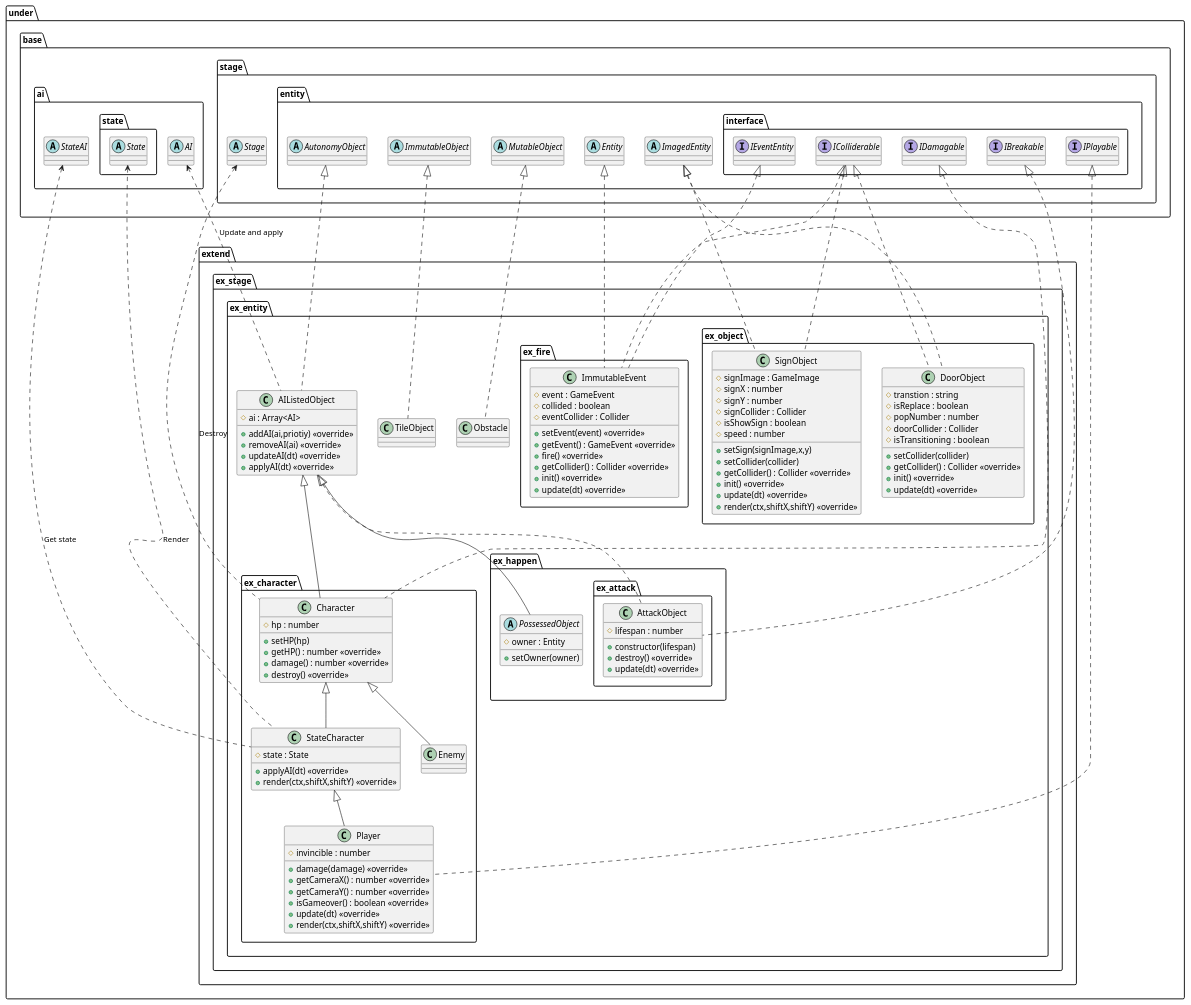
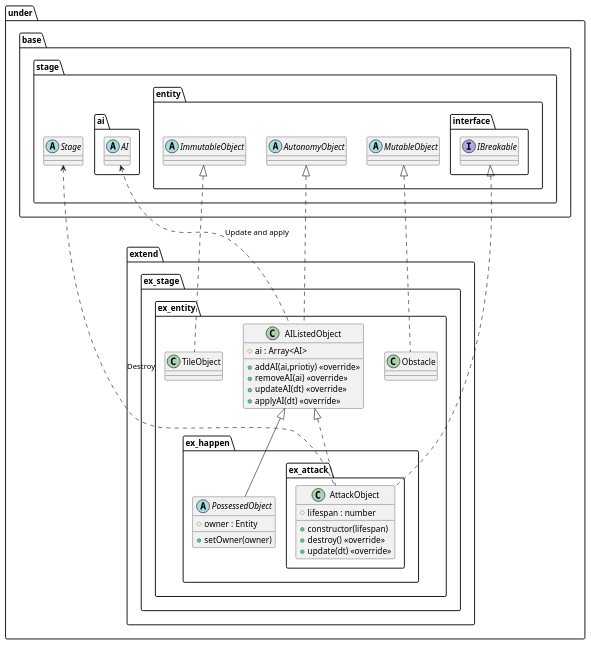
Before and after one commit to Expine/Under: the diagram in uml/entity/Extend.wsd, drawn with PlantUML. The commit also changed 12 other files, not shown here.

Commit message:
Fix extend entity, fix UML

```diff
--- a/uml/entity/Extend.wsd
+++ b/uml/entity/Extend.wsd
@@ -1,156 +1,65 @@
 @startuml EntityExtend
 package under {
     package extend {
         package ex_stage {
             package ex_entity {
                 class TileObject
                 class Obstacle
                 class AIListedObject {
                     #ai : Array<AI>
                     +addAI(ai,priotiy) <<override>>
                     +removeAI(ai) <<override>>
                     +updateAI(dt) <<override>>
                     +applyAI(dt) <<override>>
-                }
-                package ex_character {
-                    class Character {
-                        #hp : number
-                        +setHP(hp)
-                        +getHP() : number <<override>>
-                        +damage() : number <<override>>
-                        +destroy() <<override>>
-                    }
-                    class StateCharacter {
-                        #state : State
-                        +applyAI(dt) <<override>>
-                        +render(ctx,shiftX,shiftY) <<override>>
-                    }
-                    class Enemy
-                    class Player {
-                        #invincible : number
-                        +damage(damage) <<override>>
-                        +getCameraX() : number <<override>>
-                        +getCameraY() : number <<override>>
-                        +isGameover() : boolean <<override>>
-                        +update(dt) <<override>>
-                        +render(ctx,shiftX,shiftY) <<override>>
-                    }
-                }
-                package ex_fire {
-                    class ImmutableEvent {
-                        #event : GameEvent
-                        #collided : boolean
-                        #eventCollider : Collider
-                        +setEvent(event) <<override>>
-                        +getEvent() : GameEvent <<override>>
-                        +fire() <<override>>
-                        +getCollider() : Collider <<override>>
-                        +init() <<override>>
-                        +update(dt) <<override>>
-                    }
                 }
                 package ex_happen {
                     package ex_attack {
                         class AttackObject {
                             +constructor(lifespan)
                             #lifespan : number
                             +destroy() <<override>>
                             +update(dt) <<override>>
                         }
                     }
                     abstract PossessedObject {
                         #owner : Entity
                         +setOwner(owner)
                     }
                 }
-                package ex_object {
-                    class DoorObject {
-                        #transtion : string
-                        #isReplace : boolean
-                        #popNumber : number
-                        #doorCollider : Collider
-                        #isTransitioning : boolean
-                        +setCollider(collider)
-                        +getCollider() : Collider <<override>>
-                        +init() <<override>>
-                        +update(dt) <<override>>
-                    }
-                    class SignObject {
-                        #signImage : GameImage
-                        #signX : number
-                        #signY : number
-                        #signCollider : Collider
-                        #isShowSign : boolean
-                        #speed : number
-                        +setSign(signImage,x,y)
-                        +setCollider(collider)
-                        +getCollider() : Collider <<override>>
-                        +init() <<override>>
-                        +update(dt) <<override>>
-                        +render(ctx,shiftX,shiftY) <<override>>
-                    }
-                }
             }
         }
     }
 }
 
 package under {
     package base {
-        package ai {
-            abstract AI
-            abstract StateAI
-            package state {
-                abstract State
-            }
-        }
         package stage {
             abstract Stage
+            package ai {
+                abstract AI
+            }
             package entity {
-                abstract Entity
-                abstract ImagedEntity
                 abstract ImmutableObject
                 abstract MutableObject
                 abstract AutonomyObject
                 package interface {
-                    interface IDamagable
                     interface IBreakable
-                    interface IPlayable
-                    interface IEventEntity
-                    interface IColliderable
                 }
             }
         }
     }
 }
 
 AI <.. AIListedObject : Update and apply
-Stage <.. Character : Destroy
-StateAI <.. StateCharacter : Get state
-State <.. StateCharacter : Render
+
+Stage <.. AttackObject : Destroy
 
 ImmutableObject <|.. TileObject
 MutableObject <|.. Obstacle
 AutonomyObject <|.. AIListedObject
 
-AIListedObject <|-- Character
-IDamagable <|.. Character
-Character <|-- StateCharacter
-StateCharacter <|-- Player
-IPlayable <|.. Player
-Character <|-- Enemy
-
-Entity <|.. ImmutableEvent
-IEventEntity <|.. ImmutableEvent
-IColliderable <|.. ImmutableEvent
-
 AIListedObject <|-- PossessedObject
 AIListedObject <|.. AttackObject
 IBreakable <|.. AttackObject
 
-ImagedEntity <|.. DoorObject
-IColliderable <|.. DoorObject
-ImagedEntity <|.. SignObject
-IColliderable <|.. SignObject
-
 @enduml
```
